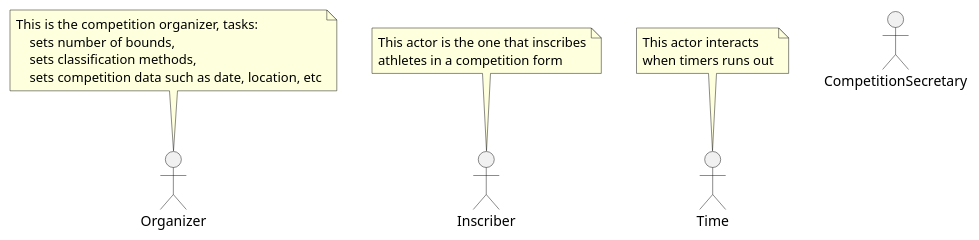
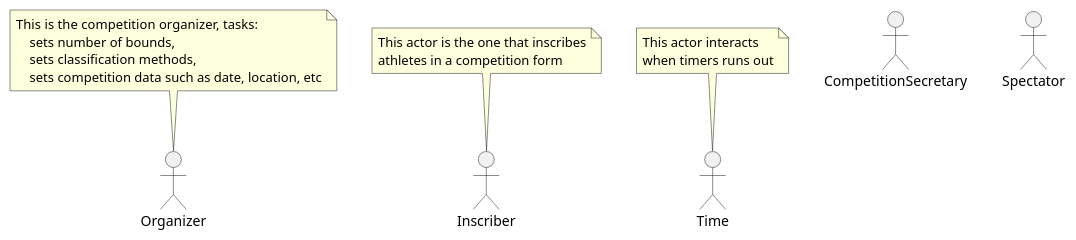
Before and after one commit to zuldare/mastercloud_pfm_halterocms: the diagram in diagrams/usecases/actors.puml, drawn with PlantUML. The commit also changed 1 other file, not shown here.

```diff
--- a/diagrams/usecases/actors.puml
+++ b/diagrams/usecases/actors.puml
@@ -1,27 +1,33 @@
 @startuml
 
 Organizer as Organizer
 note top of Organizer
 This is the competition organizer, tasks:
     sets number of bounds,
     sets classification methods,
     sets competition data such as date, location, etc
 end note
 
 
 Inscriber as Inscriber
 note top of Inscriber
 This actor is the one that inscribes
 athletes in a competition form
 end note
 
 
 Time as Time
 note top of Time
 This actor interacts
 when timers runs out
 end note
 
 CompetitionSecretary as CompetitionSecretary
 
+Spectator as Spectator
+
+' inscriber can share classifications, etc
+' le puede llegar automáticamente la info
+
+
 @enduml
```
